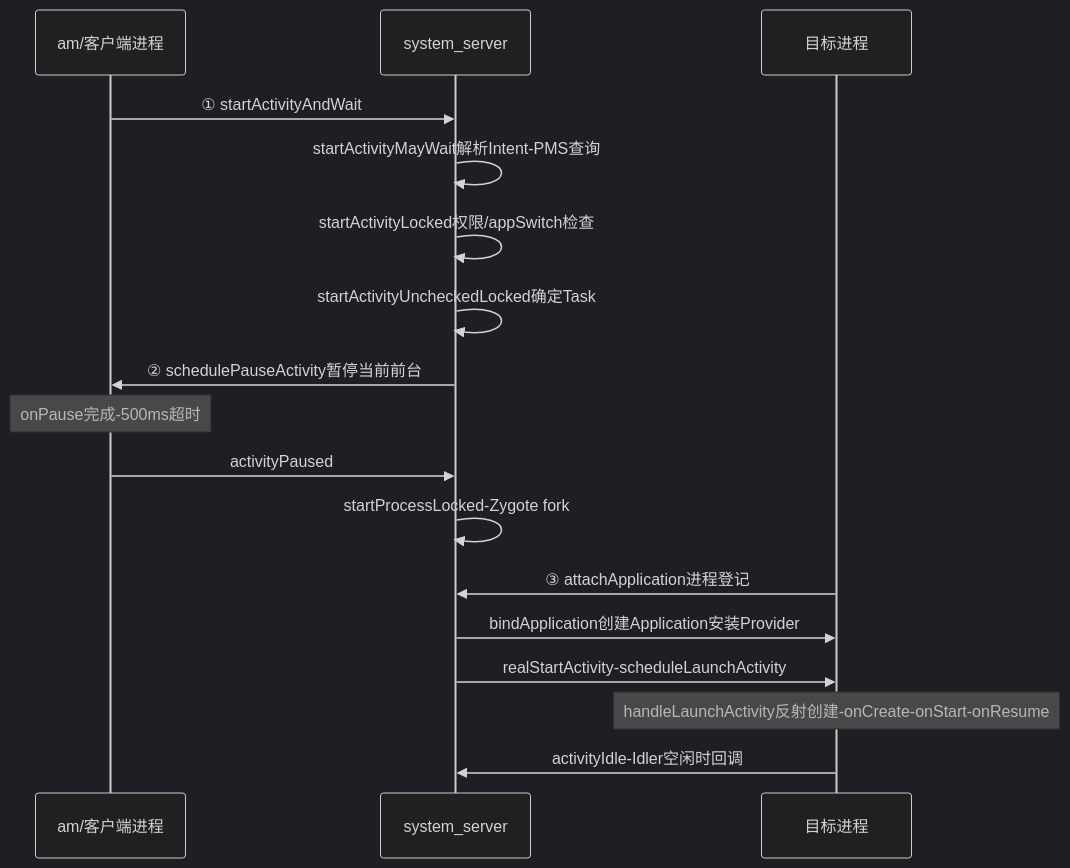
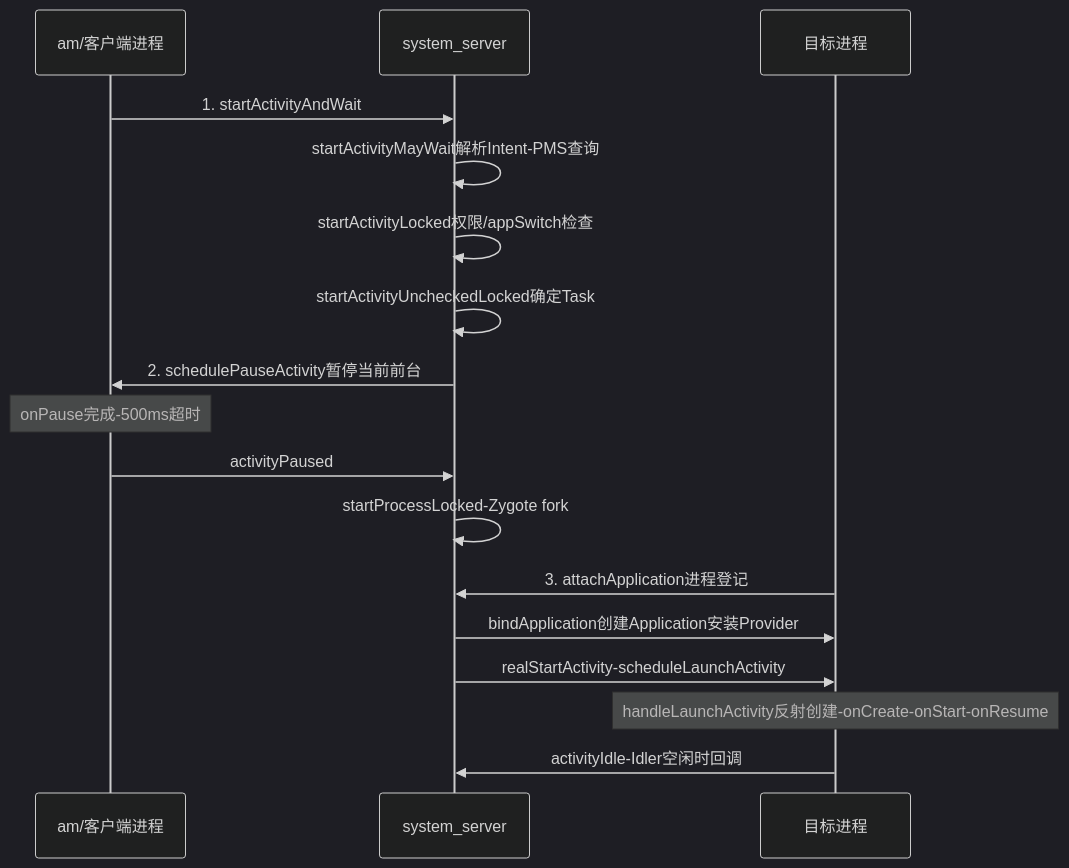
Before and after one commit to coswit/coswit.github.io: the second of 2 diagrams in Android/深入理解Android卷II/05-深入理解ActivityManagerService.md, drawn with Mermaid (dark theme). The commit also changed other lines of this file and 15 other files, not shown here.

````diff
--- a/Android/深入理解Android卷II/05-深入理解ActivityManagerService.md
+++ b/Android/深入理解Android卷II/05-深入理解ActivityManagerService.md
@@ -639,19 +649,19 @@
 ```mermaid
 sequenceDiagram
     participant App as am/客户端进程
     participant AMS as system_server
     participant New as 目标进程
-    App->>AMS: ① startActivityAndWait
+    App->>AMS: 1. startActivityAndWait
     AMS->>AMS: startActivityMayWait解析Intent-PMS查询
     AMS->>AMS: startActivityLocked权限/appSwitch检查
     AMS->>AMS: startActivityUncheckedLocked确定Task
-    AMS->>App: ② schedulePauseActivity暂停当前前台
+    AMS->>App: 2. schedulePauseActivity暂停当前前台
     Note over App: onPause完成-500ms超时
     App->>AMS: activityPaused
     AMS->>AMS: startProcessLocked-Zygote fork
-    New->>AMS: ③ attachApplication进程登记
+    New->>AMS: 3. attachApplication进程登记
     AMS->>New: bindApplication创建Application安装Provider
     AMS->>New: realStartActivity-scheduleLaunchActivity
     Note over New: handleLaunchActivity反射创建-onCreate-onStart-onResume
     New->>AMS: activityIdle-Idler空闲时回调
 ```
````
